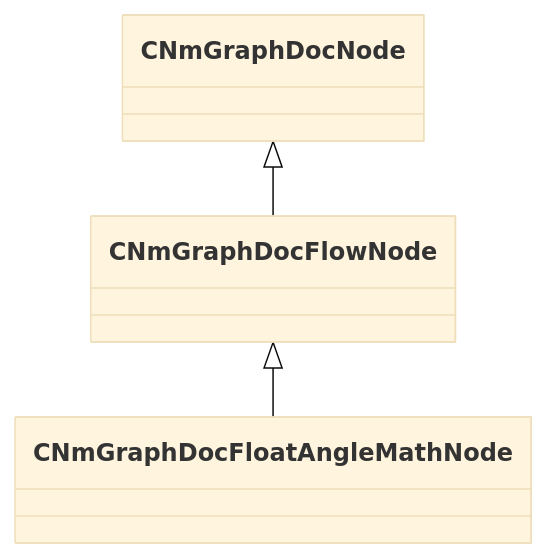
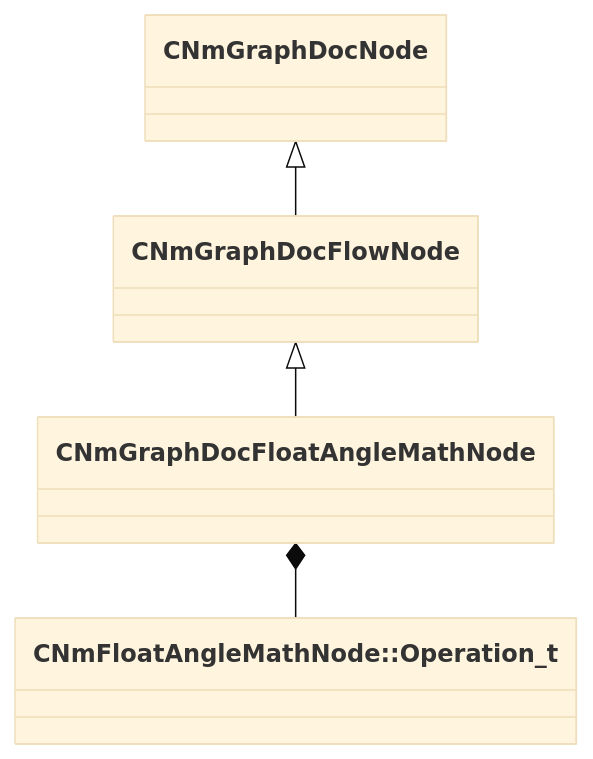
One commit to CS2OpenDev/CS2OpenDev-Docs changed the diagram in docs/generated/schemas/animdoclib/CNmGraphDocFloatAngleMathNode.md. Above: the diagram before and after it, drawn with Mermaid (base theme). The commit also changed other lines of this file and 4525 other files, not shown here.

````diff
--- a/docs/generated/schemas/animdoclib/CNmGraphDocFloatAngleMathNode.md
+++ b/docs/generated/schemas/animdoclib/CNmGraphDocFloatAngleMathNode.md
@@ -17,5 +19,6 @@
 ```mermaid
 classDiagram
     CNmGraphDocFlowNode <|-- CNmGraphDocFloatAngleMathNode
     CNmGraphDocNode <|-- CNmGraphDocFlowNode
+    CNmGraphDocFloatAngleMathNode *-- `CNmFloatAngleMathNode::Operation_t`
 ```
````
